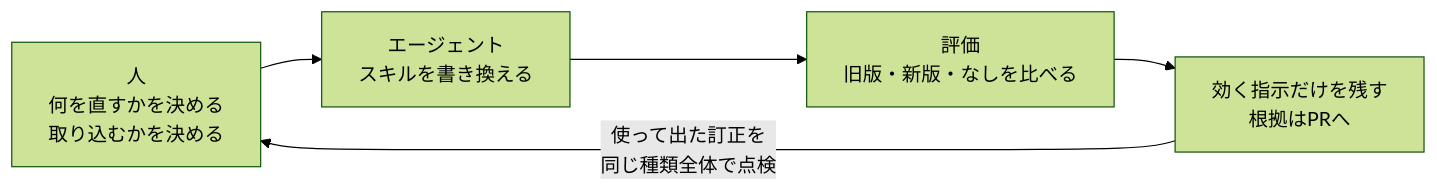
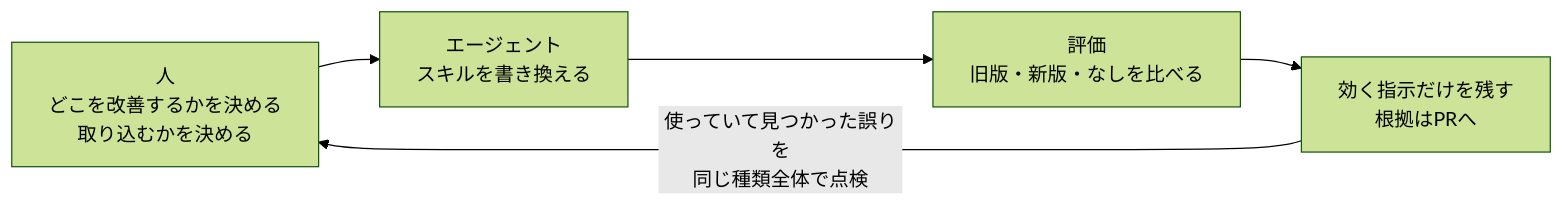
One commit to nakamoto-masa/zenn-content changed the diagram in articles/pstack-demystified.md. Above: the diagram before and after it, drawn with Mermaid (forest theme). The commit also changed other lines of this file, not shown here.

````diff
--- a/articles/pstack-demystified.md
+++ b/articles/pstack-demystified.md
@@ -69,7 +69,7 @@
 ```mermaid
 flowchart LR
-  H["人<br>何を直すかを決める<br>取り込むかを決める"] --> A["エージェント<br>スキルを書き換える"]
+  H["人<br>どこを改善するかを決める<br>取り込むかを決める"] --> A["エージェント<br>スキルを書き換える"]
   A --> X["評価<br>旧版・新版・なしを比べる"]
   X --> K["効く指示だけを残す<br>根拠はPRへ"]
-  K -- 使って出た訂正を<br>同じ種類全体で点検 --> H
+  K -- 使っていて見つかった誤りを<br>同じ種類全体で点検 --> H
 ```
````
